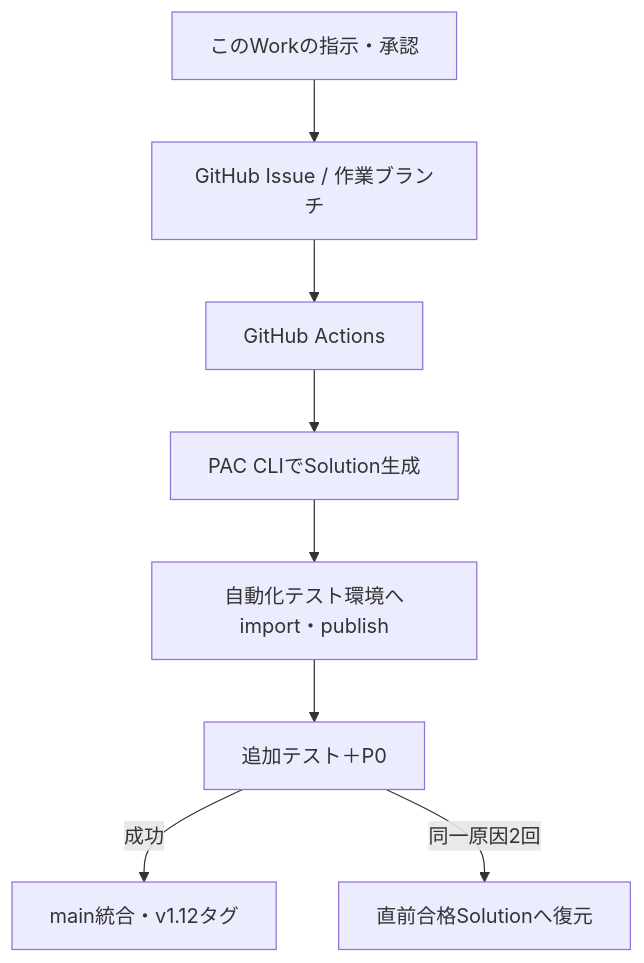
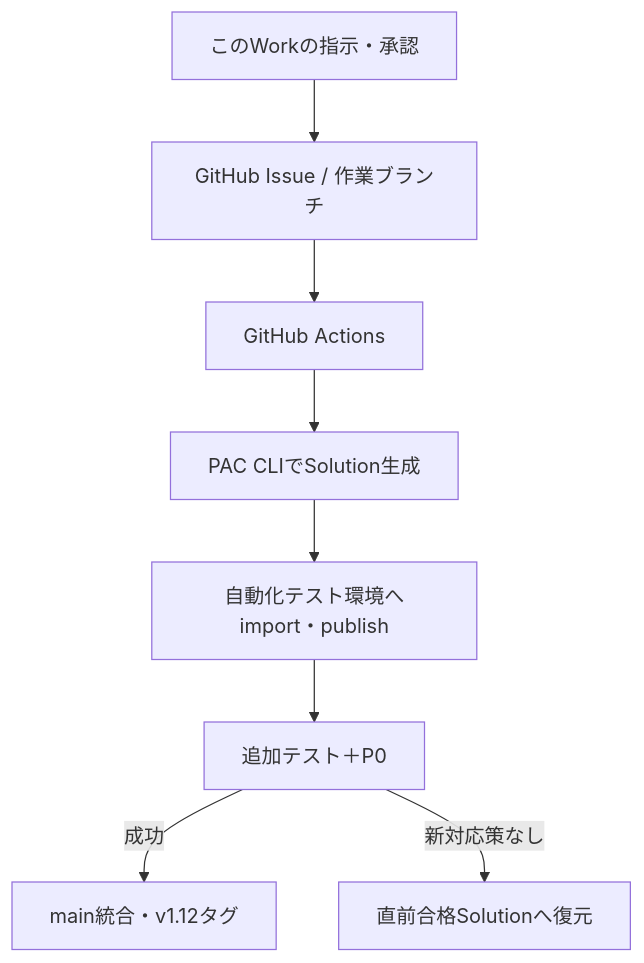
One commit to hirokazu601218/PowerAppsCanvasAppUI changed the diagram in docs/operations/unattended-development-phase1-5-execution-plan.md. Above: the diagram before and after it, drawn with Mermaid. The commit also changed other lines of this file, not shown here.

````diff
--- a/docs/operations/unattended-development-phase1-5-execution-plan.md
+++ b/docs/operations/unattended-development-phase1-5-execution-plan.md
@@ -63,10 +63,10 @@
 ```mermaid
 flowchart TD
     W["このWorkの指示・承認"] --> I["GitHub Issue / 作業ブランチ"]
     I --> A["GitHub Actions"]
     A --> C["PAC CLIでSolution生成"]
     C --> T["自動化テスト環境へimport・publish"]
     T --> E["追加テスト＋P0"]
     E -->|成功| M["main統合・v1.12タグ"]
-    E -->|同一原因2回| R["直前合格Solutionへ復元"]
+    E -->|新対応策なし| R["直前合格Solutionへ復元"]
 ```
````
